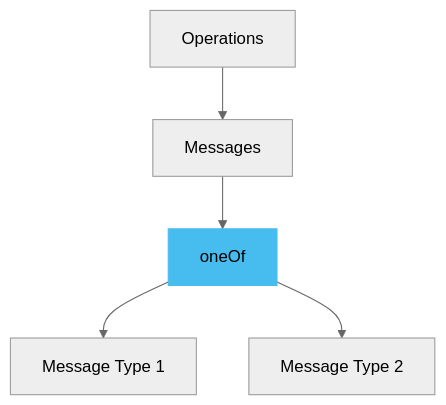
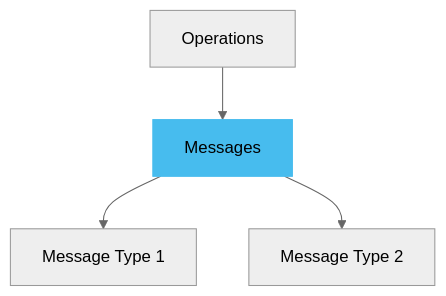
Before and after one commit to asyncapi/website: the second of 4 diagrams in pages/docs/concepts/asyncapi-document/adding-messages.md, drawn with Mermaid (neutral theme). The commit also changed other lines of this file, not shown here.

````diff
--- a/pages/docs/concepts/asyncapi-document/adding-messages.md
+++ b/pages/docs/concepts/asyncapi-document/adding-messages.md
@@ -41,9 +39,7 @@
 ```mermaid
 graph TD;
     A[Operations] --> B[Messages]
-    B --> C[oneOf]
-    C --> D[Message Type 1]
-    C --> E[Message Type 2]
-
-    style C fill:#47BCEE,stroke:#47BCEE;
+    B --> C[Message Type 1]
+    B --> D[Message Type 2]
+    style B fill:#47BCEE,stroke:#47BCEE;
 ```
````
